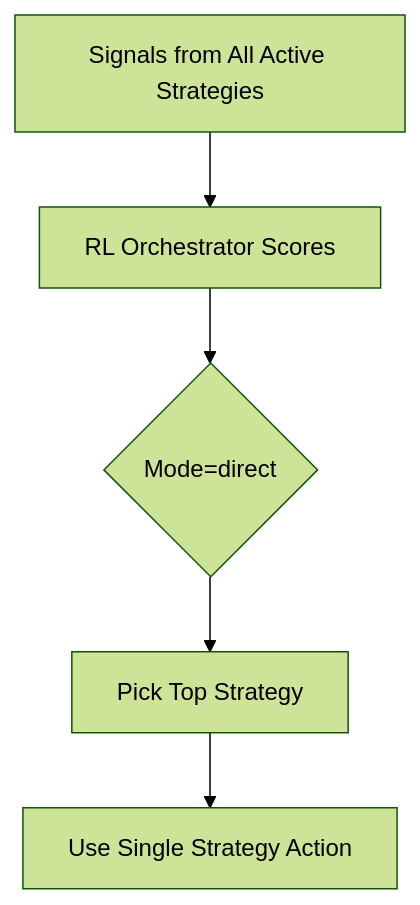
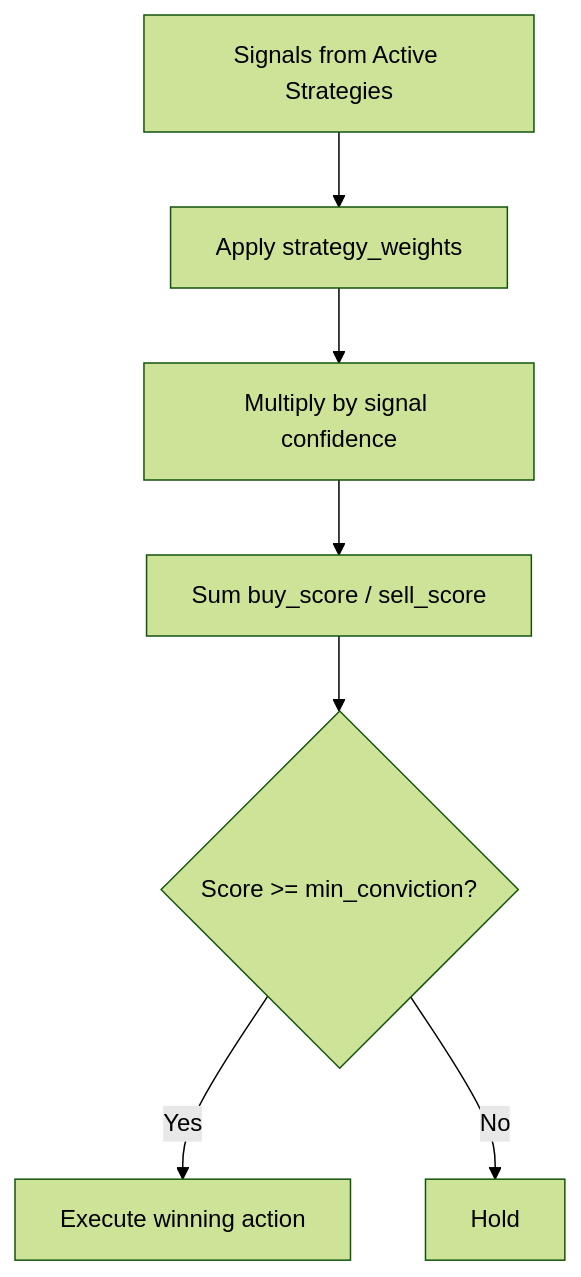
One commit to ilfrick/Fricktrade changed the second of 4 diagrams in docs/flow_trading_agent.md. Above: the diagram before and after it, drawn with Mermaid (forest theme). The commit also changed other lines of this file and 16 other files, not shown here.

First line of the commit message:
feat: add take-profit, confidence-weighted signals, trim strategies to 3

````diff
--- a/docs/flow_trading_agent.md
+++ b/docs/flow_trading_agent.md
@@ -36,7 +36,9 @@
 ```mermaid
 flowchart TD
-    A[Signals from All Active Strategies] --> B[RL Orchestrator Scores]
-    B --> C{Mode=direct}
-    C --> D[Pick Top Strategy]
-    D --> E[Use Single Strategy Action]
+    A[Signals from Active Strategies] --> B[Apply strategy_weights]
+    B --> C[Multiply by signal confidence]
+    C --> D[Sum buy_score / sell_score]
+    D --> E{Score >= min_conviction?}
+    E -- Yes --> F[Execute winning action]
+    E -- No --> G[Hold]
 ```
````
